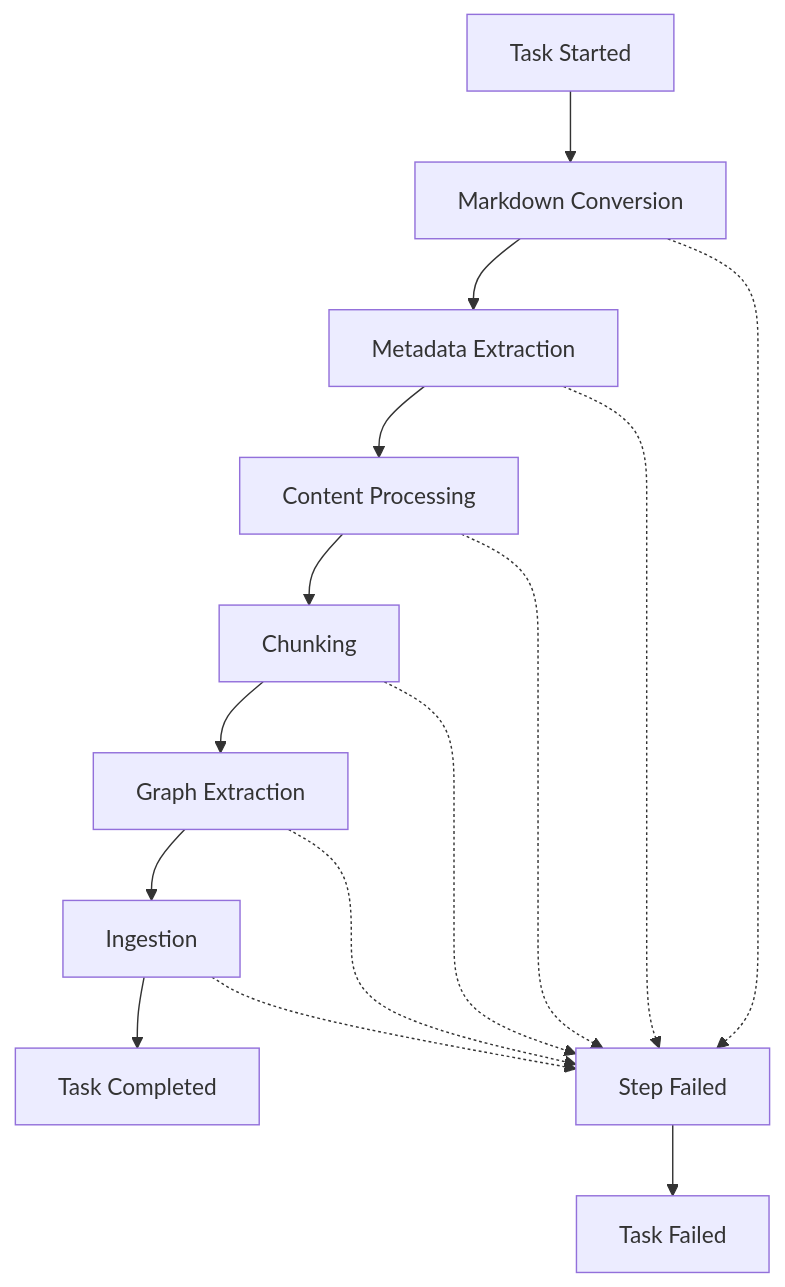
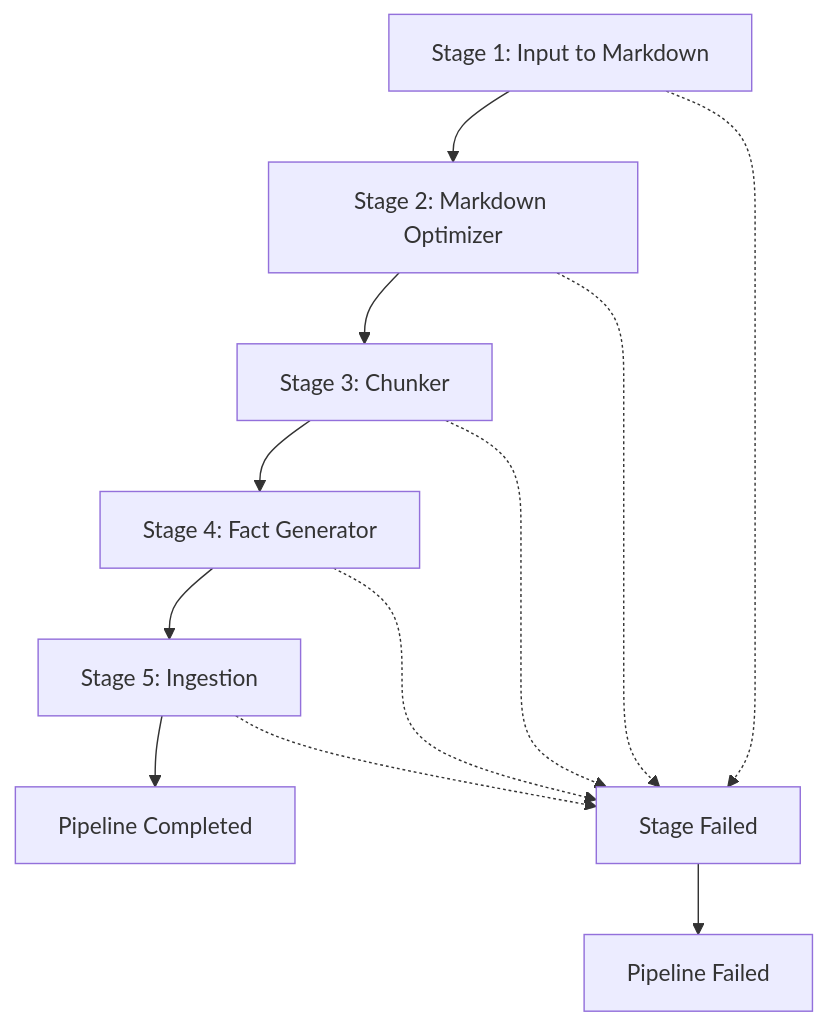
The diagram in WEBHOOK_GUIDE.md (mattes337/MoRAG), drawn with Mermaid before and after one commit. The commit also changed other lines of this file, not shown here.

````diff
--- a/WEBHOOK_GUIDE.md
+++ b/WEBHOOK_GUIDE.md
@@ -66,18 +69,15 @@
 ```mermaid
 graph TD
-    A[Task Started] --> B[Markdown Conversion]
-    B --> C[Metadata Extraction]
-    C --> D[Content Processing]
-    D --> E[Chunking]
-    E --> F[Graph Extraction]
-    F --> G[Ingestion]
-    G --> H[Task Completed]
+    A[Stage 1: Input to Markdown] --> B[Stage 2: Markdown Optimizer]
+    B --> C[Stage 3: Chunker]
+    C --> D[Stage 4: Fact Generator]
+    D --> E[Stage 5: Ingestion]
+    E --> F[Pipeline Completed]
 
-    B -.-> I[Step Failed]
-    C -.-> I
-    D -.-> I
-    E -.-> I
-    F -.-> I
-    G -.-> I
-    I --> J[Task Failed]
+    A -.-> G[Stage Failed]
+    B -.-> G
+    C -.-> G
+    D -.-> G
+    E -.-> G
+    G --> H[Pipeline Failed]
 ```
````
